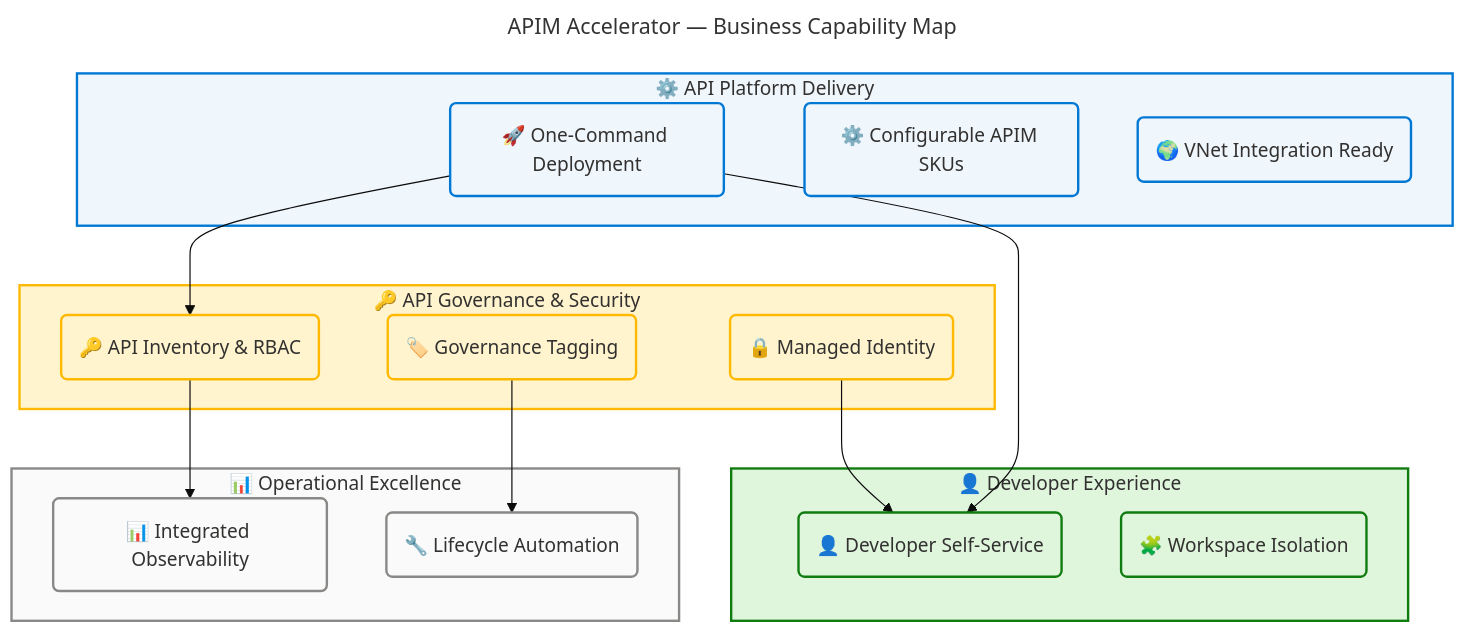
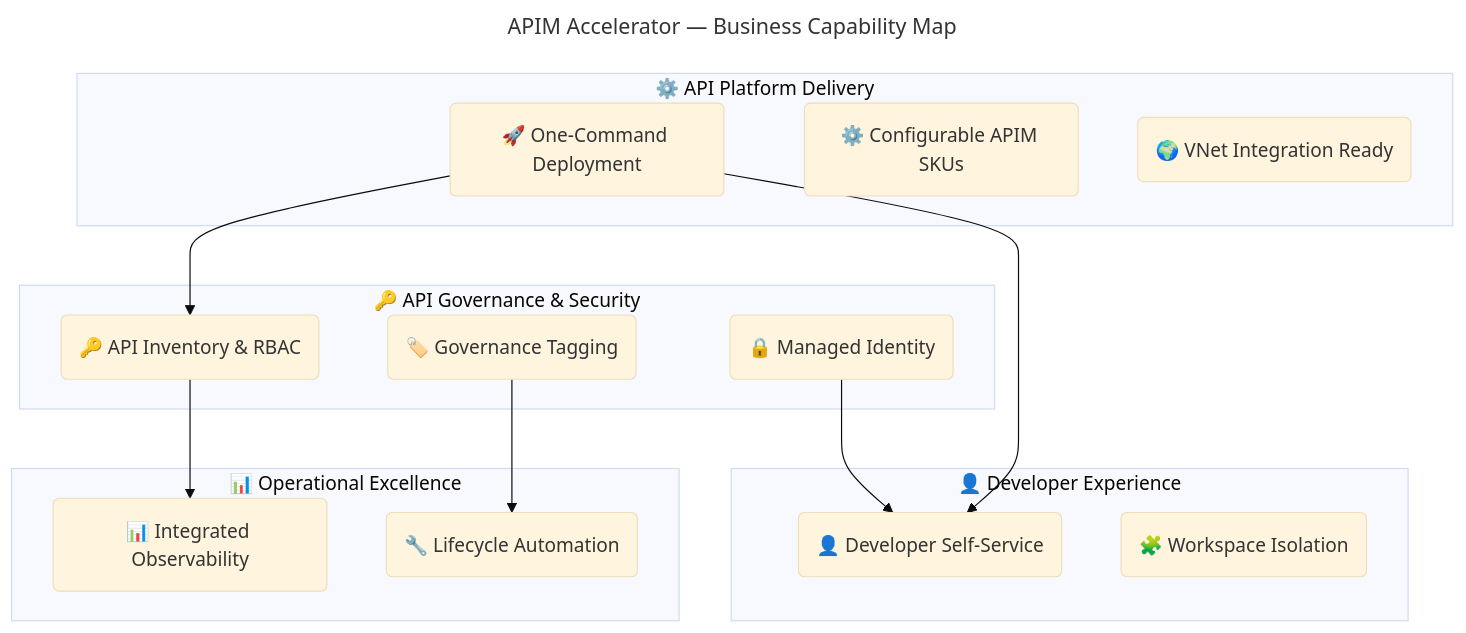
Before and after one commit to Evilazaro/APIM-Accelerator: the first of 6 diagrams in docs/architecture/business-architecture.md, drawn with Mermaid. The commit also changed other lines of this file and 2 other files, not shown here.

Commit message:
style: remove redundant comments and streamline flowchart styles for clarity in architecture documentation

````diff
--- a/docs/architecture/business-architecture.md
+++ b/docs/architecture/business-architecture.md
@@ -277,65 +260,48 @@
 ```mermaid
 ---
 title: "APIM Accelerator — Business Capability Map"
 config:
   theme: base
   look: classic
   layout: dagre
   themeVariables:
     fontSize: '16px'
   flowchart:
     htmlLabels: true
 ---
 flowchart TB
     accTitle: APIM Accelerator Business Capability Map
     accDescr: Four business capability domains with ten grouped capabilities — API Platform Delivery, Developer Experience, API Governance and Security, and Operational Excellence — sourced from README.md features table and src Bicep modules
 
-    %% ═══════════════════════════════════════════════════════════════════════════
-    %% AZURE / FLUENT ARCHITECTURE PATTERN v1.1
-    %% (Semantic + Structural + Font + Accessibility Governance)
-    %% ═══════════════════════════════════════════════════════════════════════════
-    %% PHASE 1 - FLUENT UI: All styling uses approved Fluent UI palette only
-    %% PHASE 2 - GROUPS: Every subgraph has semantic color via style directive
-    %% PHASE 3 - COMPONENTS: Every node has semantic classDef + icon prefix
-    %% PHASE 4 - ACCESSIBILITY: accTitle/accDescr present, WCAG AA contrast
-    %% PHASE 5 - STANDARD: Governance block present, classDefs centralized
-    %% ═══════════════════════════════════════════════════════════════════════════
+
 
     subgraph platformDelivery["⚙️ API Platform Delivery"]
         cap1("🚀 One-Command Deployment"):::core
         cap2("⚙️ Configurable APIM SKUs"):::core
         cap3("🌍 VNet Integration Ready"):::core
     end
 
     subgraph devExp["👤 Developer Experience"]
         cap4("👤 Developer Self-Service"):::success
         cap5("🧩 Workspace Isolation"):::success
     end
 
     subgraph apiGov["🔑 API Governance & Security"]
         cap6("🔑 API Inventory & RBAC"):::warning
         cap7("🏷️ Governance Tagging"):::warning
         cap8("🔒 Managed Identity"):::warning
     end
 
     subgraph operations["📊 Operational Excellence"]
         cap9("📊 Integrated Observability"):::neutral
         cap10("🔧 Lifecycle Automation"):::neutral
     end
 
     cap1 --> cap4
     cap1 --> cap6
     cap6 --> cap9
     cap8 --> cap4
     cap7 --> cap10
 
-    style platformDelivery fill:#EFF6FC,stroke:#0078D4,stroke-width:2px,color:#323130
-    style devExp fill:#DFF6DD,stroke:#107C10,stroke-width:2px,color:#323130
-    style apiGov fill:#FFF4CE,stroke:#FFB900,stroke-width:2px,color:#323130
-    style operations fill:#FAFAFA,stroke:#8A8886,stroke-width:2px,color:#323130
 
-    classDef core fill:#EFF6FC,stroke:#0078D4,stroke-width:2px,color:#323130
-    classDef success fill:#DFF6DD,stroke:#107C10,stroke-width:2px,color:#323130
-    classDef warning fill:#FFF4CE,stroke:#FFB900,stroke-width:2px,color:#323130
-    classDef neutral fill:#FAFAFA,stroke:#8A8886,stroke-width:2px,color:#323130
 ```
````
